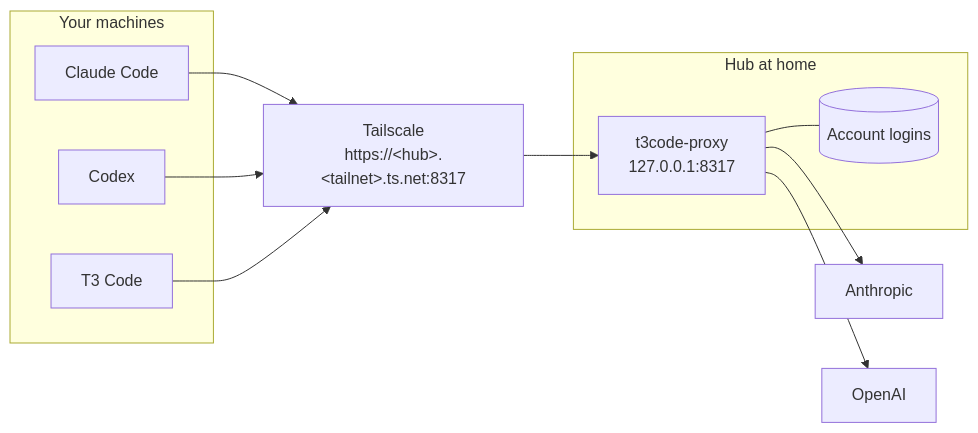
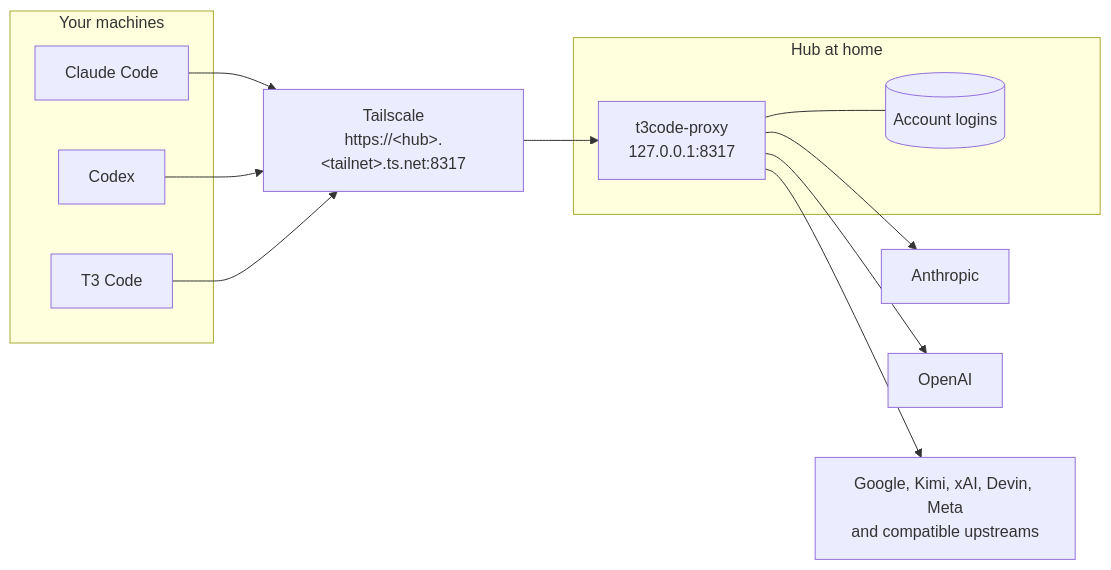
One commit to rune-gh/t3code-proxy changed the diagram in README.md. Above: the diagram before and after it, drawn with Mermaid. The commit also changed other lines of this file and 142 other files, not shown here.

````diff
--- a/README.md
+++ b/README.md
@@ -27,20 +33,21 @@
 ```mermaid
 flowchart LR
   subgraph clients["Your machines"]
     cc["Claude Code"]
     cx["Codex"]
     t3["T3 Code"]
   end
   ts["Tailscale<br/>https://&lt;hub&gt;.&lt;tailnet&gt;.ts.net:8317"]
   subgraph home["Hub at home"]
     hub["t3code-proxy<br/>127.0.0.1:8317"]
     auth[("Account logins")]
   end
   cc --> ts
   cx --> ts
   t3 --> ts
   ts --> hub
   hub --- auth
   hub --> anthropic["Anthropic"]
   hub --> openai["OpenAI"]
+  hub --> others["Google, Kimi, xAI, Devin, Meta<br/>and compatible upstreams"]
 ```
````
